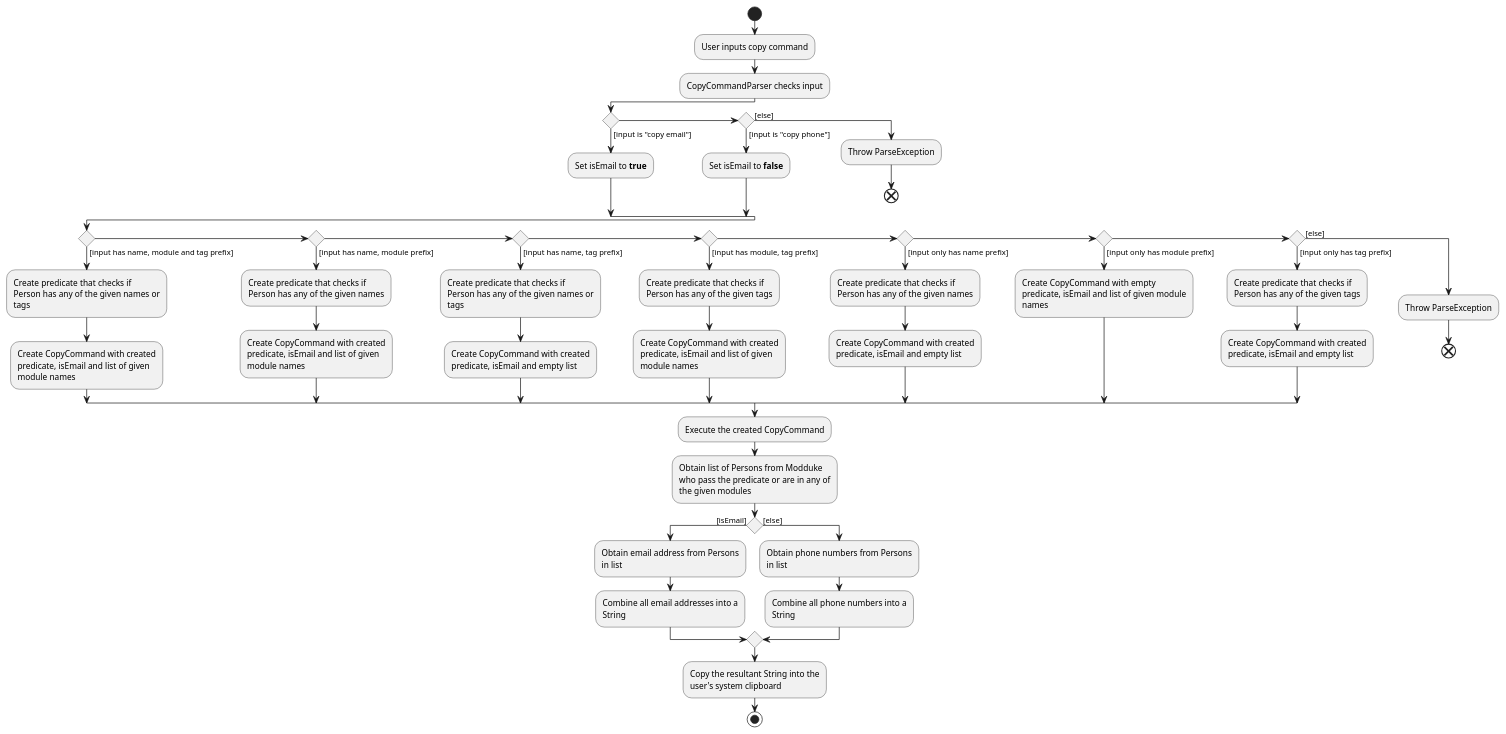
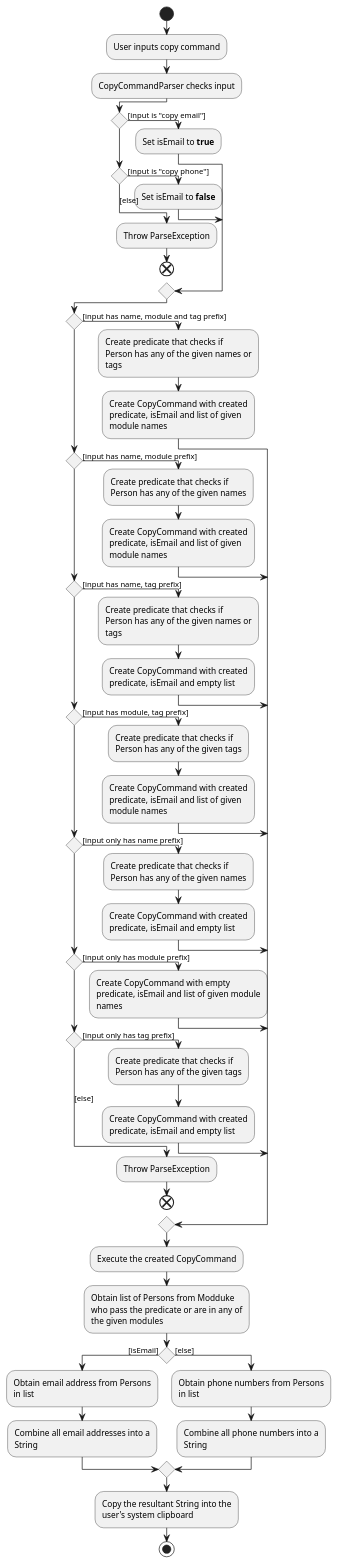
One commit to nus-cs2103-AY2021S1/tp changed the diagram in docs/diagrams/CopyActivityDiagram.puml. Above: the diagram before and after it, drawn with PlantUML. The commit also changed 5 other files, not shown here.

Commit message:
Change my activity diagrams to vertical

```diff
--- a/docs/diagrams/CopyActivityDiagram.puml
+++ b/docs/diagrams/CopyActivityDiagram.puml
@@ -1,74 +1,75 @@
 @startuml
+!pragma useVerticalIf on
 start
 :User inputs copy command;
 :CopyCommandParser checks input;
 if() then ([input is "copy email"])
 :Set isEmail to **true**;
 elseif() then ([input is "copy phone"])
 :Set isEmail to **false**;
 else ([else])
 :Throw ParseException;
 end
 endif
 if() then ([input has name, module and tag prefix])
 :Create predicate that checks if
 Person has any of the given names or
 tags;
 :Create CopyCommand with created
 predicate, isEmail and list of given
 module names;
 elseif() then ([input has name, module prefix])
 :Create predicate that checks if
 Person has any of the given names;
 :Create CopyCommand with created
 predicate, isEmail and list of given
 module names;
 elseif() then ([input has name, tag prefix])
 :Create predicate that checks if
 Person has any of the given names or
 tags;
 :Create CopyCommand with created
 predicate, isEmail and empty list;
 elseif() then ([input has module, tag prefix])
 :Create predicate that checks if
 Person has any of the given tags;
 :Create CopyCommand with created
 predicate, isEmail and list of given
 module names;
 elseif() then ([input only has name prefix])
 :Create predicate that checks if
 Person has any of the given names;
 :Create CopyCommand with created
 predicate, isEmail and empty list;
 elseif() then ([input only has module prefix])
 :Create CopyCommand with empty
 predicate, isEmail and list of given module
 names;
 elseif() then ([input only has tag prefix])
 :Create predicate that checks if
 Person has any of the given tags;
 :Create CopyCommand with created
 predicate, isEmail and empty list;
 else ([else])
 :Throw ParseException;
 end
 endif
 :Execute the created CopyCommand;
 :Obtain list of Persons from Modduke
 who pass the predicate or are in any of
 the given modules;
 if() then ([isEmail])
 :Obtain email address from Persons
 in list;
 :Combine all email addresses into a
 String;
 else ([else])
 :Obtain phone numbers from Persons
 in list;
 :Combine all phone numbers into a
 String;
 endif
 :Copy the resultant String into the
 user's system clipboard;
 stop
 @enduml
```
